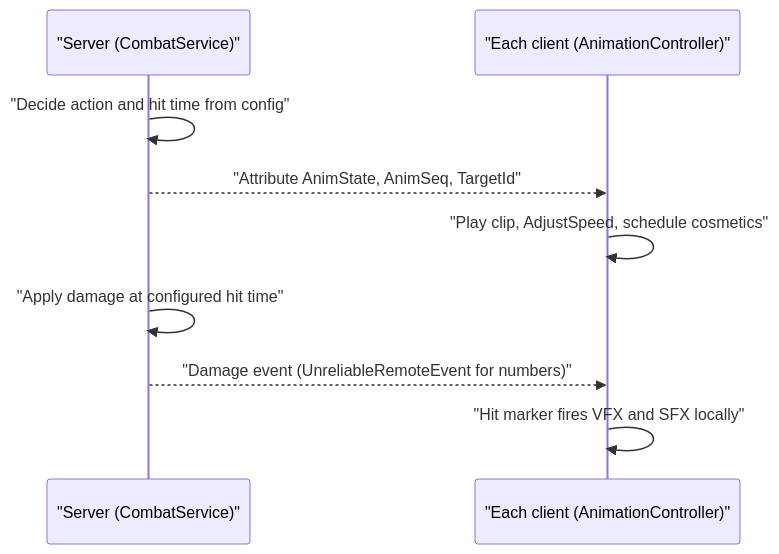
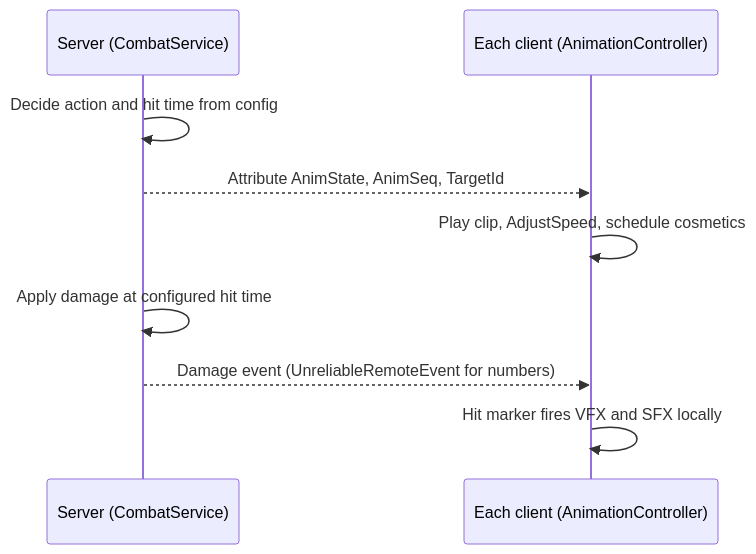
One commit to shrp1434/ZeroCheat changed the second of 2 diagrams in Fight Animals for Eggs - Game Design Bible/13 - ANIMATION AND VFX/Animation Bible.md. Above: the diagram before and after it, drawn with Mermaid. The commit also changed 24 other files, not shown here.

First line of the commit message:
Complete game design bible: animation, VFX and sound; final audit

````diff
--- a/Fight Animals for Eggs - Game Design Bible/13 - ANIMATION AND VFX/Animation Bible.md
+++ b/Fight Animals for Eggs - Game Design Bible/13 - ANIMATION AND VFX/Animation Bible.md
@@ -83,11 +83,11 @@
 ```mermaid
 sequenceDiagram
-    participant S as "Server (CombatService)"
-    participant C as "Each client (AnimationController)"
-    S->>S: "Decide action and hit time from config"
-    S-->>C: "Attribute AnimState, AnimSeq, TargetId"
-    C->>C: "Play clip, AdjustSpeed, schedule cosmetics"
-    S->>S: "Apply damage at configured hit time"
-    S-->>C: "Damage event (UnreliableRemoteEvent for numbers)"
-    C->>C: "Hit marker fires VFX and SFX locally"
+    participant S as Server (CombatService)
+    participant C as Each client (AnimationController)
+    S->>S: Decide action and hit time from config
+    S-->>C: Attribute AnimState, AnimSeq, TargetId
+    C->>C: Play clip, AdjustSpeed, schedule cosmetics
+    S->>S: Apply damage at configured hit time
+    S-->>C: Damage event (UnreliableRemoteEvent for numbers)
+    C->>C: Hit marker fires VFX and SFX locally
 ```
````
